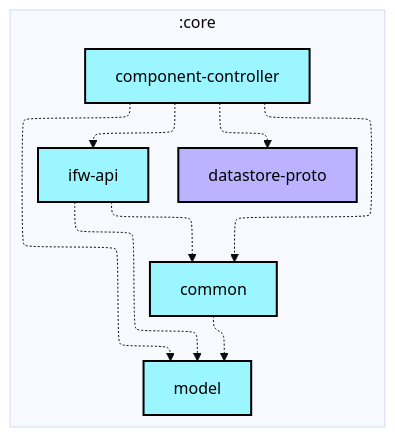
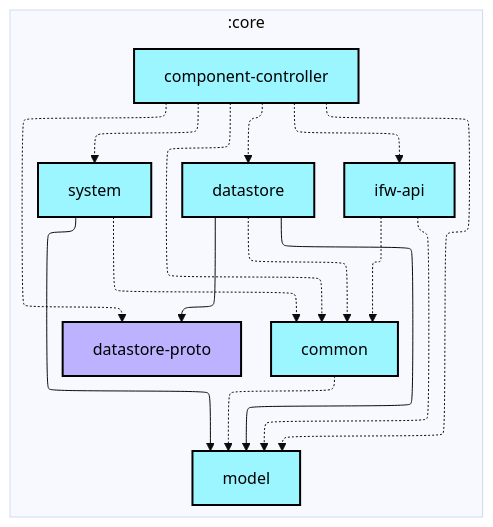
The first of 2 diagrams in core/component-controller/README.md (lihenggui/blocker), drawn with Mermaid (base theme) before and after one commit. The commit also changed 72 other files, not shown here.

````diff
--- a/core/component-controller/README.md
+++ b/core/component-controller/README.md
@@ -6,32 +6,41 @@
 ```mermaid
 ---
 config:
   layout: elk
   elk:
     nodePlacementStrategy: SIMPLE
 ---
 graph TB
   subgraph :core
     direction TB
     :core:common[common]:::android-library
     :core:component-controller[component-controller]:::android-library
+    :core:datastore[datastore]:::android-library
     :core:datastore-proto[datastore-proto]:::jvm-library
     :core:ifw-api[ifw-api]:::android-library
     :core:model[model]:::android-library
+    :core:system[system]:::android-library
   end
 
   :core:common -.-> :core:model
   :core:component-controller -.-> :core:common
+  :core:component-controller -.-> :core:datastore
   :core:component-controller -.-> :core:datastore-proto
   :core:component-controller -.-> :core:ifw-api
   :core:component-controller -.-> :core:model
+  :core:component-controller -.-> :core:system
+  :core:datastore -.-> :core:common
+  :core:datastore --> :core:datastore-proto
+  :core:datastore --> :core:model
   :core:ifw-api -.-> :core:common
   :core:ifw-api -.-> :core:model
+  :core:system -.-> :core:common
+  :core:system --> :core:model
 
 classDef android-application fill:#CAFFBF,stroke:#000,stroke-width:2px,color:#000;
 classDef android-feature fill:#FFD6A5,stroke:#000,stroke-width:2px,color:#000;
 classDef android-library fill:#9BF6FF,stroke:#000,stroke-width:2px,color:#000;
 classDef android-test fill:#A0C4FF,stroke:#000,stroke-width:2px,color:#000;
 classDef jvm-library fill:#BDB2FF,stroke:#000,stroke-width:2px,color:#000;
 classDef unknown fill:#FFADAD,stroke:#000,stroke-width:2px,color:#000;
 ```
````
